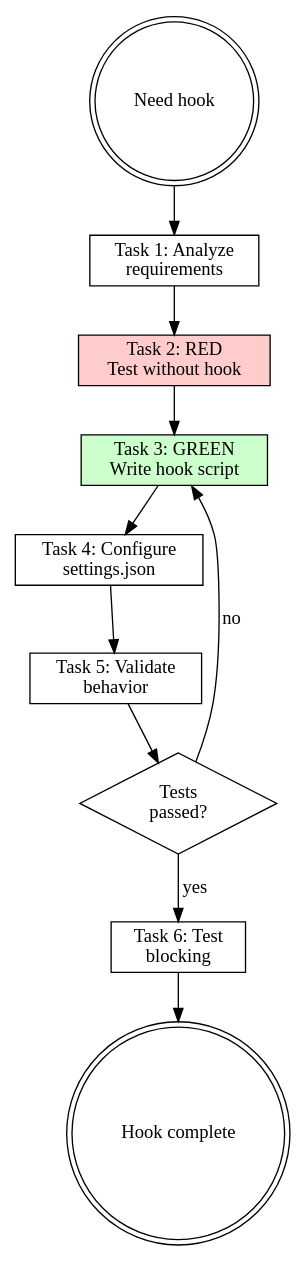
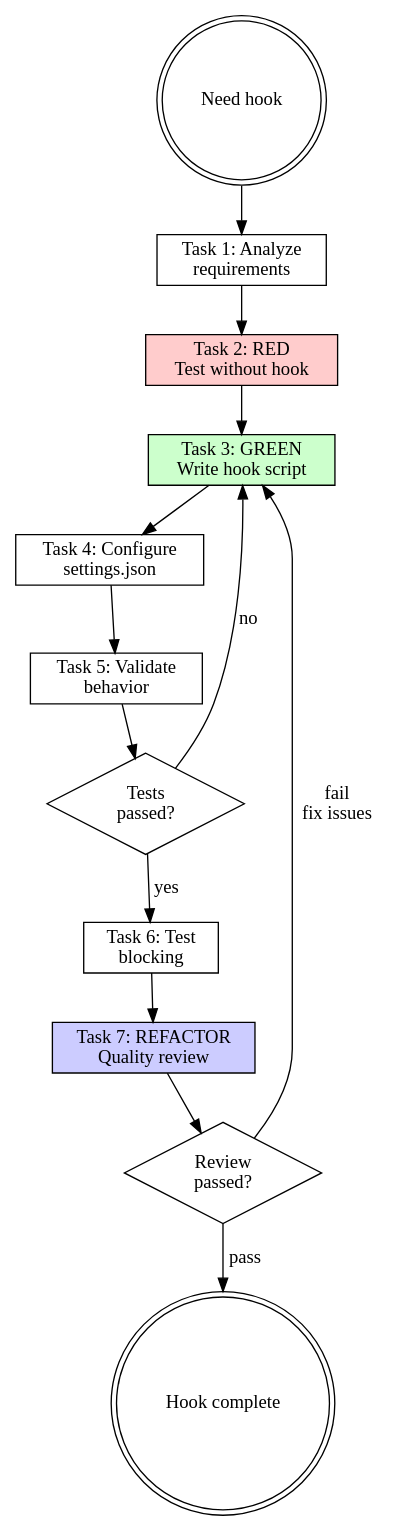
One commit to wayne930242/Reflexive-Claude-Code changed the diagram in plugins/rcc/skills/writing-hooks/SKILL.md. Above: the diagram before and after it, drawn with Graphviz. The commit also changed other lines of this file and 13 other files, not shown here.

````diff
--- a/plugins/rcc/skills/writing-hooks/SKILL.md
+++ b/plugins/rcc/skills/writing-hooks/SKILL.md
@@ -253,25 +273,30 @@
 ```dot
 digraph hook_creation {
     rankdir=TB;
 
     start [label="Need hook", shape=doublecircle];
     analyze [label="Task 1: Analyze\nrequirements", shape=box];
     baseline [label="Task 2: RED\nTest without hook", shape=box, style=filled, fillcolor="#ffcccc"];
     write [label="Task 3: GREEN\nWrite hook script", shape=box, style=filled, fillcolor="#ccffcc"];
     config [label="Task 4: Configure\nsettings.json", shape=box];
     validate [label="Task 5: Validate\nbehavior", shape=box];
     validate_pass [label="Tests\npassed?", shape=diamond];
     test [label="Task 6: Test\nblocking", shape=box];
+    review [label="Task 7: REFACTOR\nQuality review", shape=box, style=filled, fillcolor="#ccccff"];
+    review_pass [label="Review\npassed?", shape=diamond];
     done [label="Hook complete", shape=doublecircle];
 
     start -> analyze;
     analyze -> baseline;
     baseline -> write;
     write -> config;
     config -> validate;
     validate -> validate_pass;
     validate_pass -> test [label="yes"];
     validate_pass -> write [label="no"];
-    test -> done;
+    test -> review;
+    review -> review_pass;
+    review_pass -> done [label="pass"];
+    review_pass -> write [label="fail\nfix issues"];
 }
 ```
````
